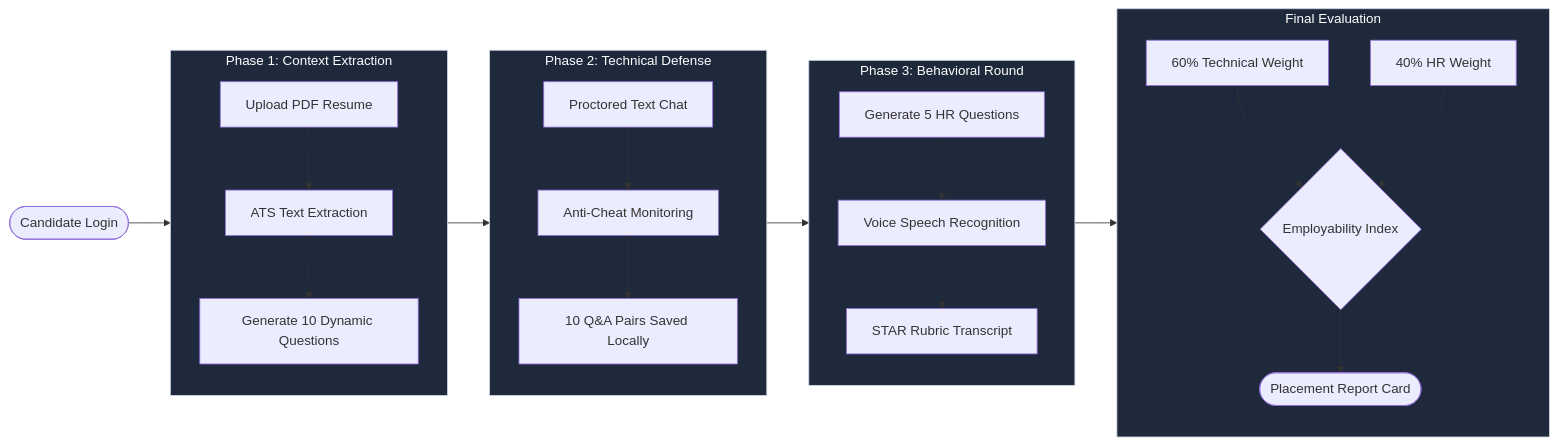
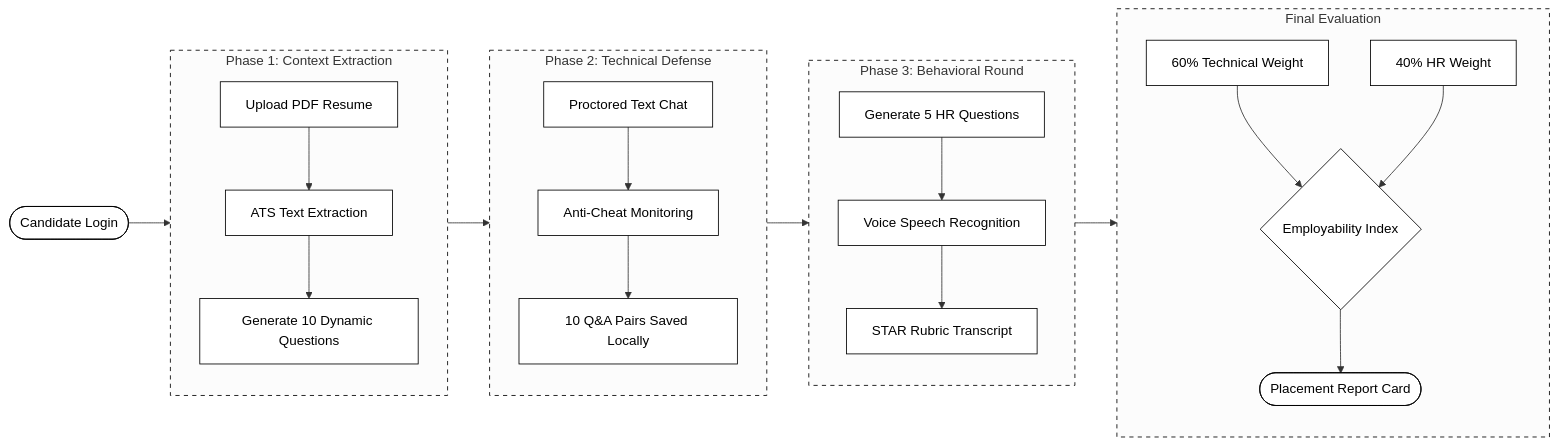
The diagram in 3-Phase Candidate Assessment Pipeline.md (arjunkumar-max/InterviewAI), drawn with Mermaid before and after one commit.

Commit message:
Update 3-Phase Candidate Assessment Pipeline.md

````diff
--- a/3-Phase Candidate Assessment Pipeline.md
+++ b/3-Phase Candidate Assessment Pipeline.md
@@ -1,33 +1,37 @@
 ```mermaid
 flowchart LR
     Start([Candidate Login]) --> P1
     
     subgraph P1 [Phase 1: Context Extraction]
         A[Upload PDF Resume] --> B[ATS Text Extraction]
         B --> C[Generate 10 Dynamic Questions]
     end
     
     P1 --> P2
     
     subgraph P2 [Phase 2: Technical Defense]
         D[Proctored Text Chat] --> E[Anti-Cheat Monitoring]
         E --> F[10 Q&A Pairs Saved Locally]
     end
     
     P2 --> P3
     
     subgraph P3 [Phase 3: Behavioral Round]
         G[Generate 5 HR Questions] --> H[Voice Speech Recognition]
         H --> I[STAR Rubric Transcript]
     end
     
     P3 --> Final
     
     subgraph Final [Final Evaluation]
         J[60% Technical Weight] & K[40% HR Weight] --> L{Employability Index}
         L --> M([Placement Report Card])
     end
 
-    classDef phase fill:#1e293b,stroke:#cbd5e1,stroke-width:1px,color:#fff;
-    class P1,P2,P3,Final phase;
+    %% Academic Monochrome Styling
+    classDef default fill:#ffffff,stroke:#000000,stroke-width:1px,color:#000000;
+    style P1 fill:#fcfcfc,stroke:#000000,stroke-width:1px,stroke-dasharray: 5 5;
+    style P2 fill:#fcfcfc,stroke:#000000,stroke-width:1px,stroke-dasharray: 5 5;
+    style P3 fill:#fcfcfc,stroke:#000000,stroke-width:1px,stroke-dasharray: 5 5;
+    style Final fill:#fcfcfc,stroke:#000000,stroke-width:1px,stroke-dasharray: 5 5;
 ```
````
